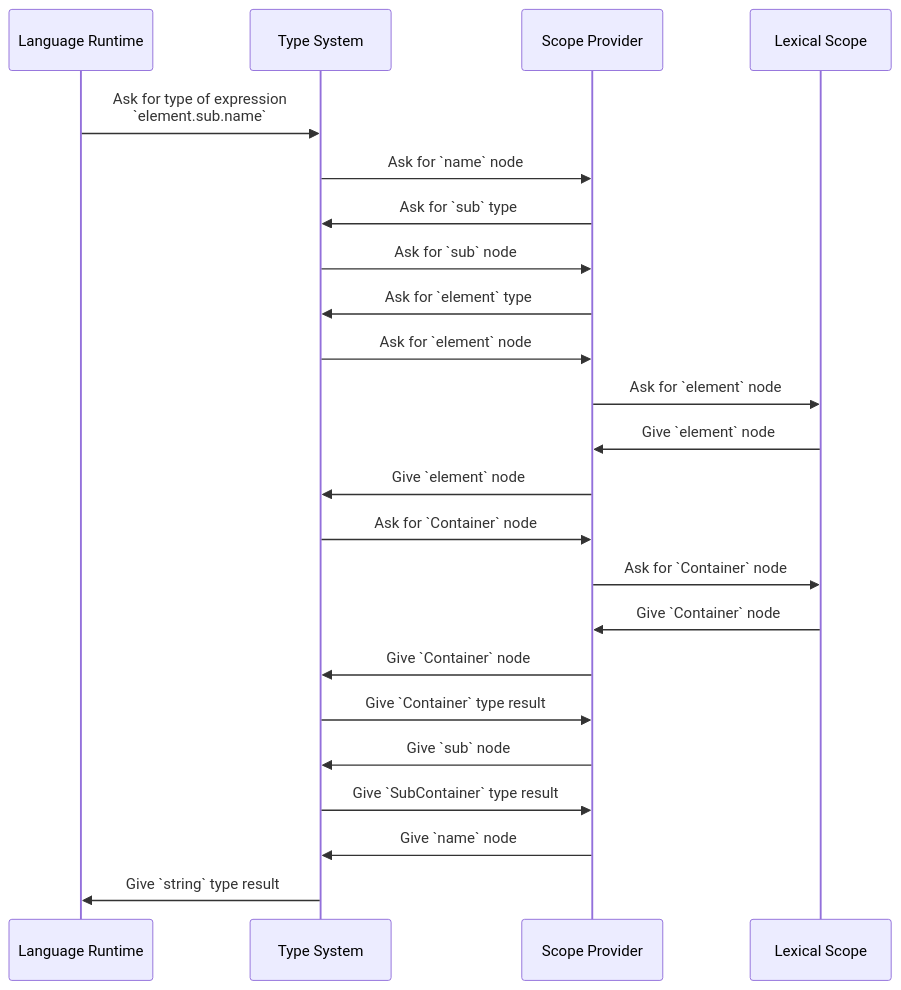
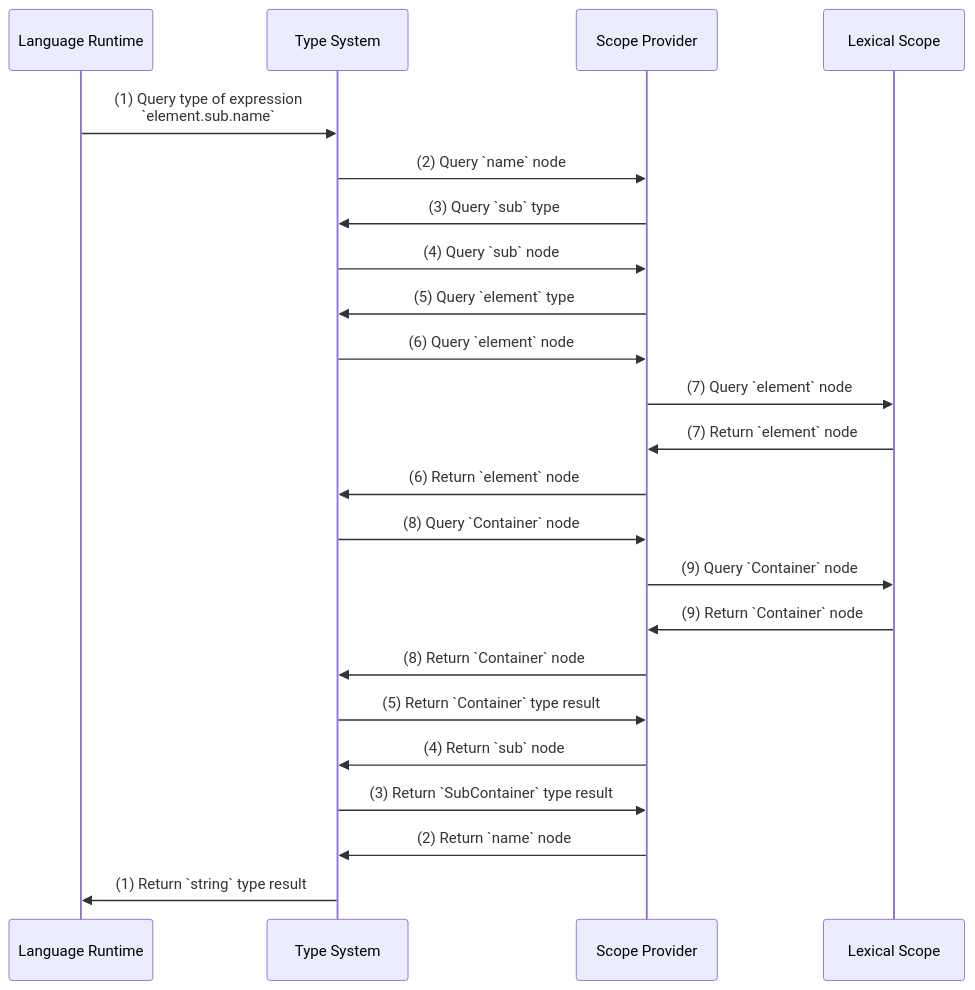
Before and after one commit to eclipse-langium/langium-website: the diagram in hugo/content/docs/recipes/scoping/class-member.md, drawn with Mermaid.

Commit message:
Specify class member scoping order (#232)

```diff
--- a/hugo/content/docs/recipes/scoping/class-member.md
+++ b/hugo/content/docs/recipes/scoping/class-member.md
@@ -121,25 +121,25 @@
 {{<mermaid>}}
 sequenceDiagram
     participant R as Language Runtime
     participant T as Type System
     participant S as Scope Provider
     participant L as Lexical Scope
-    R->>T: Ask for type of expression<br>`element.sub.name`
-    T->>S: Ask for `name` node
-    S->>T: Ask for `sub` type
-    T->>S: Ask for `sub` node
-    S->>T: Ask for `element` type
-    T->>S: Ask for `element` node
-    S->>L: Ask for `element` node
-    L->>S: Give `element` node
-    S->>T: Give `element` node
-    T->>S: Ask for `Container` node
-    S->>L: Ask for `Container` node
-    L->>S: Give `Container` node
-    S->>T: Give `Container` node
-    T->>S: Give `Container` type result
-    S->>T: Give `sub` node
-    T->>S: Give `SubContainer` type result
-    S->>T: Give `name` node
-    T->>R: Give `string` type result
+    R->>T: (1) Query type of expression<br>`element.sub.name`
+    T->>S: (2) Query `name` node
+    S->>T: (3) Query `sub` type
+    T->>S: (4) Query `sub` node
+    S->>T: (5) Query `element` type
+    T->>S: (6) Query `element` node
+    S->>L: (7) Query `element` node
+    L->>S: (7) Return `element` node
+    S->>T: (6) Return `element` node
+    T->>S: (8) Query `Container` node
+    S->>L: (9) Query `Container` node
+    L->>S: (9) Return `Container` node
+    S->>T: (8) Return `Container` node
+    T->>S: (5) Return `Container` type result
+    S->>T: (4) Return `sub` node
+    T->>S: (3) Return `SubContainer` type result
+    S->>T: (2) Return `name` node
+    T->>R: (1) Return `string` type result
 {{</mermaid>}}
```
